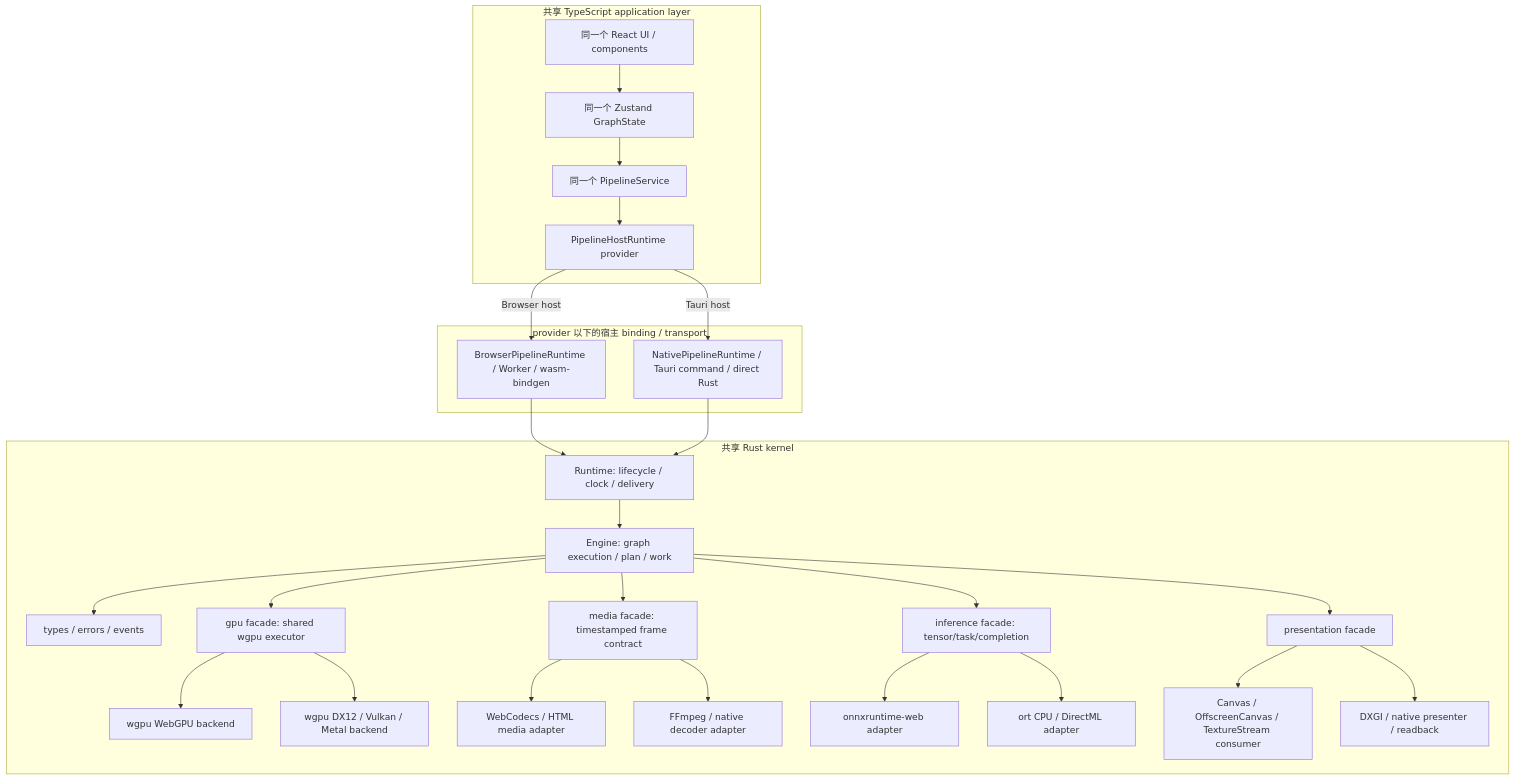
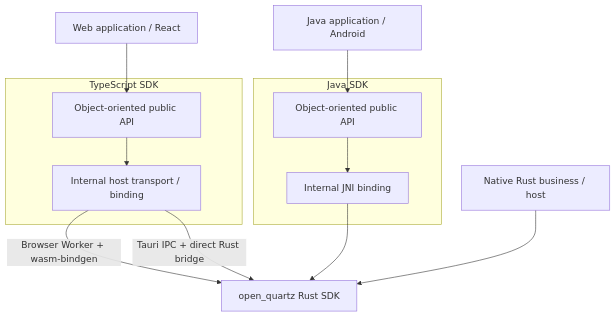
One commit to sanitor/open_quartz changed the first of 12 diagrams in docs/DESIGN.md. Above: the diagram before and after it, drawn with Mermaid. The commit also changed other lines of this file, not shown here.

Commit message:
docs: update architecture baseline and thin TypeScript roadmap

````diff
--- a/docs/DESIGN.md
+++ b/docs/DESIGN.md
@@ -43,54 +66,28 @@
 ```mermaid
 flowchart TB
-    subgraph TsApp[共享 TypeScript application layer]
-        ReactUI[同一个 React UI / components]
-        Store[同一个 Zustand GraphState]
-        Service[同一个 PipelineService]
-        Provider[PipelineHostRuntime provider]
-        ReactUI --> Store --> Service --> Provider
+    Web[Web application / React]
+    JavaApp[Java application / Android]
+    Native[Native Rust business / host]
+    Rust[open_quartz Rust SDK]
+
+    subgraph TypeScriptSdk[TypeScript SDK]
+        TSApi[Object-oriented public API]
+        TSInternal[Internal host transport / binding]
+        TSApi --> TSInternal
     end
 
-    subgraph Bindings[provider 以下的宿主 binding / transport]
-        WasmBinding[BrowserPipelineRuntime / Worker / wasm-bindgen]
-        TauriBinding[NativePipelineRuntime / Tauri command / direct Rust]
+    subgraph JavaSdk[Java SDK]
+        JavaApi[Object-oriented public API]
+        JNI[Internal JNI binding]
+        JavaApi --> JNI
     end
 
-    subgraph Kernel[共享 Rust kernel]
-        Runtime[Runtime: lifecycle / clock / delivery]
-        Engine[Engine: graph execution / plan / work]
-        Schema[types / errors / events]
-        Gpu[gpu facade: shared wgpu executor]
-        Media[media facade: timestamped frame contract]
-        Inference[inference facade: tensor/task/completion]
-        Presenter[presentation facade]
+    Web --> TSApi
+    TSInternal -->|Browser Worker + wasm-bindgen| Rust
+    TSInternal -->|Tauri IPC + direct Rust bridge| Rust
 
-        WgpuWeb[wgpu WebGPU backend]
-        WgpuNative[wgpu DX12 / Vulkan / Metal backend]
-        WebMedia[WebCodecs / HTML media adapter]
-        NativeMedia[FFmpeg / native decoder adapter]
-        OrtWeb[onnxruntime-web adapter]
-        OrtNative[ort CPU / DirectML adapter]
-        WebPresenter[Canvas / OffscreenCanvas / TextureStream consumer]
-        NativePresenter[DXGI / native presenter / readback]
+    JavaApp --> JavaApi
+    JNI --> Rust
 
-        Runtime --> Engine
-        Engine --> Schema
-        Engine --> Gpu
-        Engine --> Media
-        Engine --> Inference
-        Engine --> Presenter
-
-        Gpu --> WgpuWeb
-        Gpu --> WgpuNative
-        Media --> WebMedia
-        Media --> NativeMedia
-        Inference --> OrtWeb
-        Inference --> OrtNative
-        Presenter --> WebPresenter
-        Presenter --> NativePresenter
-
-    end
-
-    Provider -->|Browser host| WasmBinding --> Runtime
-    Provider -->|Tauri host| TauriBinding --> Runtime
+    Native --> Rust
 ```
````
